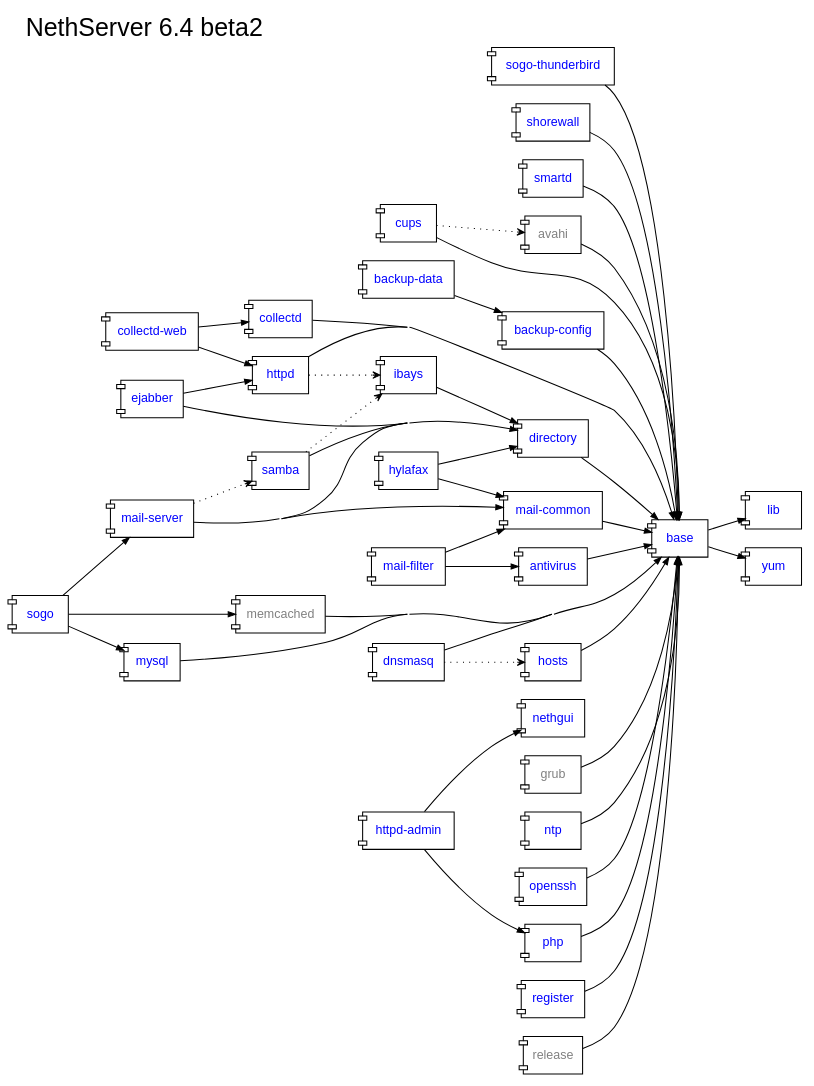
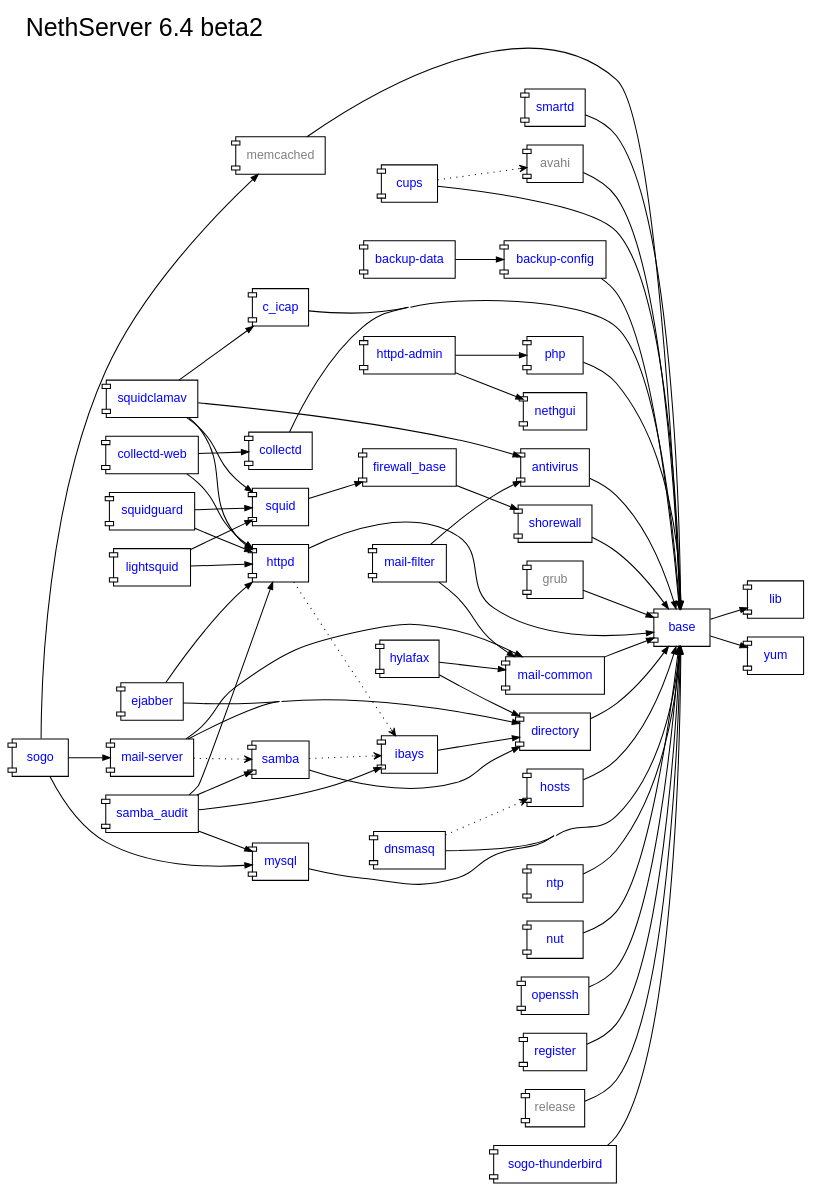
The diagram in nethserver/package-dependencies.dot (nethesis/dev-nethesis-it), drawn with Graphviz before and after one commit.

Commit message:
package-dependencies.dot: add a bounce of new packages

```diff
--- a/nethserver/package-dependencies.dot
+++ b/nethserver/package-dependencies.dot
@@ -1,98 +1,121 @@
 digraph "v6.4-beta2" {
 	rankdir = "LR";
 	compound = true;
 	concentrate = true;
 	label="NethServer 6.4 beta2";
 	fontsize = 24.0
 	labelloc = "t";
 	labeljust = "l";
 	fontname="sans-serif";
 	
 
     node [shape="component",fontname="sans-serif",fontcolor=blue,fontsize=12.0];
     edge [arrowsize=0.7];
 
     antivirus [URL="http://dev.nethesis.it/projects/nethserver/wiki/nethserver-antivirus"];
     avahi [fontcolor=gray];
     backup_config [label="backup-config",URL="http://dev.nethesis.it/projects/nethserver/wiki/nethserver-backup"];
     backup_data [label="backup-data",URL="http://dev.nethesis.it/projects/nethserver/wiki/nethserver-backup"];   
     base [URL="http://dev.nethesis.it/projects/nethserver/wiki/nethserver-base"];
+    c_icap [URL="http://dev.nethesis.it/projects/nethserver/wiki/nethserver-c-icap"];
     collectd [URL="http://dev.nethesis.it/projects/nethserver/wiki/nethserver-collectd"];
     collectd_web [label="collectd-web",URL="http://dev.nethesis.it/projects/nethserver/wiki/nethserver-collectd-web"];
     cups [URL="http://dev.nethesis.it/projects/nethserver-cups/wiki/nethserver-cups"];
     directory [URL="http://dev.nethesis.it/projects/nethserver/wiki/nethserver-directory"];
     dnsmasq [URL="http://dev.nethesis.it/projects/nethserver/wiki/nethserver-dnsmasq"];
     ejabber [URL="http://dev.nethesis.it/projects/nethserver-ejabberd/wiki/nethserver-ejabberd"];
+    firewall_base [URL="http://dev.nethesis.it/projects/nethserver-ejabberd/wiki/nethserver-firewall-base"];
     grub [fontcolor=gray];
     hosts [URL="http://dev.nethesis.it/projects/nethserver/wiki/nethserver-hosts"];
     httpd_admin [label="httpd-admin",URL="http://dev.nethesis.it/projects/nethserver/wiki/nethserver-httpd-admin"];
     httpd [URL="http://dev.nethesis.it/projects/nethserver/wiki/nethserver-httpd"];
     hylafax [URL="http://dev.nethesis.it/projects/nethserver-hylafax/wiki/nethserver-hylafax"];
     ibays [URL="http://dev.nethesis.it/projects/nethserver/wiki/nethserver-ibays"];
     lib [URL="http://dev.nethesis.it/projects/nethserver/wiki/nethserver-lib"];
+    lightsquid [URL="http://dev.nethesis.it/projects/nethserver/wiki/nethserver-lightsquid"];
     mail_common [label="mail-common",URL="http://dev.nethesis.it/projects/nethserver/wiki/nethserver-mail-common"];
     mail_filter [label="mail-filter",URL="http://dev.nethesis.it/projects/nethserver/wiki/nethserver-mail-filter"];
     mail_server [label="mail-server",URL="http://dev.nethesis.it/projects/nethserver/wiki/nethserver-mail-server"];
     memcached [fontcolor=gray];
     mysql [URL="http://dev.nethesis.it/projects/nethserver/wiki/nethserver-mysql"];
     nethgui [URL="http://dev.nethesis.it/projects/nethgui"];
     ntp [URL="http://dev.nethesis.it/projects/nethserver/wiki/nethserver-ntp"];
+    nut [URL="http://dev.nethesis.it/projects/nethserver/wiki/nethserver-nut"];
     openssh [URL="http://dev.nethesis.it/projects/nethserver/wiki/nethserver-openssh"];
     php [URL="http://dev.nethesis.it/projects/nethserver/wiki/nethserver-php"];
     register [URL="http://dev.nethesis.it/projects/nethserver/wiki/nethserver-register"];
     release [fontcolor=gray];
     samba [URL="http://dev.nethesis.it/projects/nethserver/wiki/nethserver-samba"];
+    samba_audit [URL="http://dev.nethesis.it/projects/nethserver/wiki/nethserver-samba-audit"];
     sogo [URL="https://dev.nethesis.it/projects/nethserver/wiki/nethserver-sogo"];
     sogo_thunderbird [label="sogo-thunderbird",URL="https://dev.nethesis.it/projects/nethserver/wiki/nethserver-sogo-thunderbird"];
     shorewall [URL="https://dev.nethesis.it/projects/nethserver/wiki/nethserver-shorewall"];        
     smartd [URL="https://dev.nethesis.it/projects/nethserver/wiki/nethserver-smartd"];    
+    squid [URL="https://dev.nethesis.it/projects/nethserver/wiki/nethserver-squid"];
+    squidclamav [URL="https://dev.nethesis.it/projects/nethserver/wiki/nethserver-squidclamav"];
+    squidguard [URL="https://dev.nethesis.it/projects/nethserver/wiki/nethserver-squidguard"];
     yum [URL="http://dev.nethesis.it/projects/nethserver/wiki/nethserver-yum"];
 		       
     base -> lib
     openssh -> base
     directory -> base
     samba -> directory
     ibays -> directory
     httpd -> base
     httpd -> ibays [style=dotted,arrowhead=vee];
     dnsmasq -> hosts [style=dotted,arrowhead=vee];
     dnsmasq -> base
     hosts -> base
     httpd_admin -> php
     httpd_admin -> nethgui
     samba -> ibays [style=dotted,arrowhead=vee];
     base -> yum
     ntp -> base
     php -> base
     mail_server -> directory
     mail_server -> mail_common
     mail_server -> samba [style=dotted,arrowhead=vee];    
     mail_filter -> mail_common
     mail_filter -> antivirus
     mail_common -> base
     antivirus -> base
     release -> base
     grub -> base
     cups -> base
     avahi -> base
     cups -> avahi [style=dotted,arrowhead=vee];
     ejabber -> directory
     ejabber -> httpd
     mysql -> base
     hylafax -> directory
     hylafax -> mail_common
     sogo -> memcached
     sogo -> mail_server
     sogo -> mysql
     sogo_thunderbird -> base
     memcached -> base
     collectd -> base
     collectd_web -> collectd
     collectd_web -> httpd
     backup_config -> base
     backup_data -> backup_config
     register -> base
     smartd -> base
     shorewall -> base
-
+    firewall_base -> shorewall
+    squid -> firewall_base
+    squidclamav -> squid
+    squidclamav -> antivirus
+    squidclamav -> httpd
+    squidclamav -> c_icap
+    c_icap -> base
+    lightsquid -> squid
+    lightsquid -> httpd
+    nut -> base
+    samba_audit -> ibays
+    samba_audit -> httpd
+    samba_audit -> mysql
+    samba_audit -> samba
+    squidguard -> httpd
+    squidguard -> squid
 }
```
